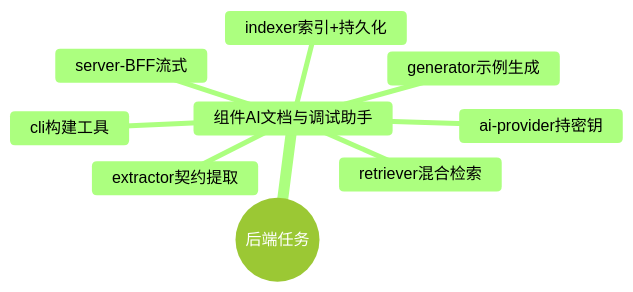
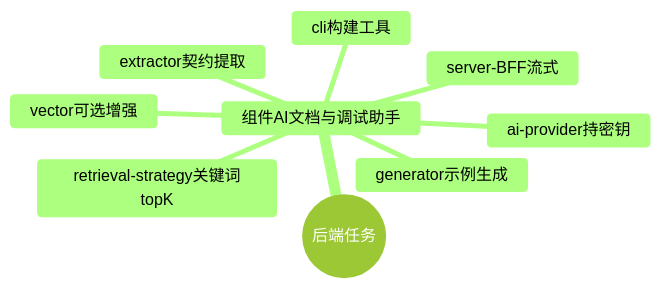
The diagram in docs/plan/backend/index.md (moluoxixi/vue-components), drawn with Mermaid (forest theme) before and after one commit. The commit also changed other lines of this file and 39 other files, not shown here.

````diff
--- a/docs/plan/backend/index.md
+++ b/docs/plan/backend/index.md
@@ -7,12 +7,12 @@
 ```mermaid
 mindmap
   root((后端任务))
     组件AI文档与调试助手
       extractor契约提取
       generator示例生成
-      indexer索引+持久化
-      retriever混合检索
+      retrieval-strategy关键词topK
+      vector可选增强
       server-BFF流式
       ai-provider持密钥
       cli构建工具
 ```
````
